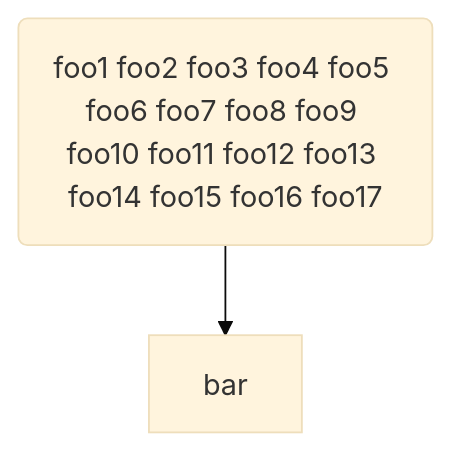
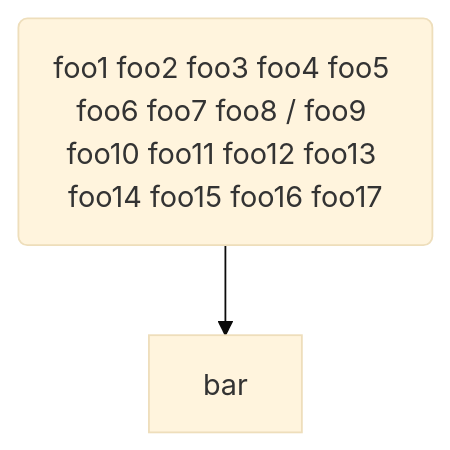
Diagram 15 of 16 in sandbox/MerMaid_diagram_integration.md (funjobie/OpenSwordArtsVR), drawn with Mermaid (base theme) before and after one commit. The commit also changed other lines of this file, not shown here.

Commit message:
refine troubleshooting example

````diff
--- a/sandbox/MerMaid_diagram_integration.md
+++ b/sandbox/MerMaid_diagram_integration.md
@@ -200,4 +200,4 @@
 ```mermaid
 flowchart TD
-    foo("foo1 foo2 foo3 foo4 foo5 foo6 foo7 foo8 foo9 foo10 foo11 foo12 foo13 foo14 foo15 foo16 foo17") --> bar
+    foo("foo1 foo2 foo3 foo4 foo5 foo6 foo7 foo8 / foo9 foo10 foo11 foo12 foo13 foo14 foo15 foo16 foo17") --> bar
 ```
````
